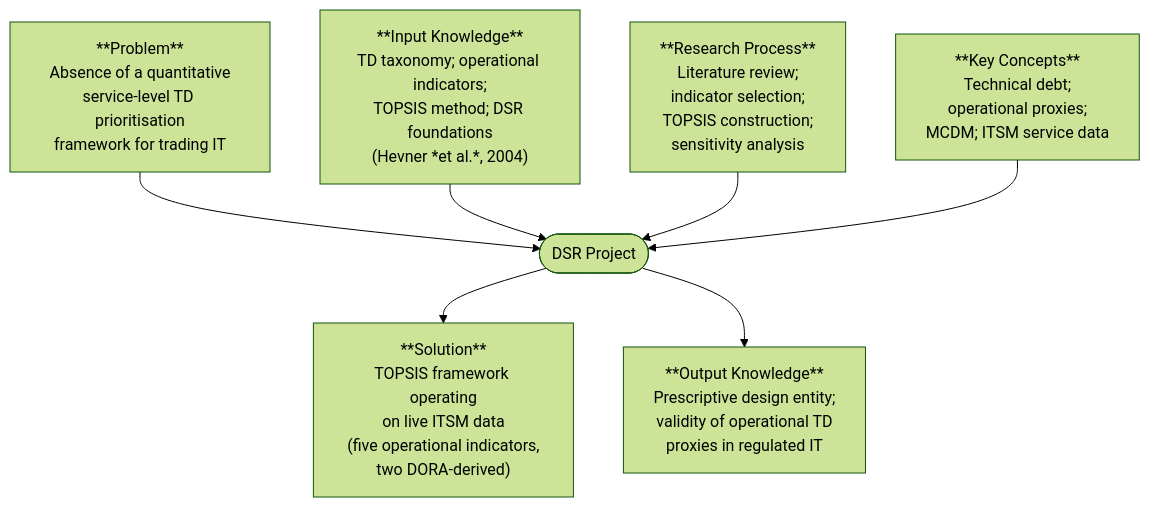
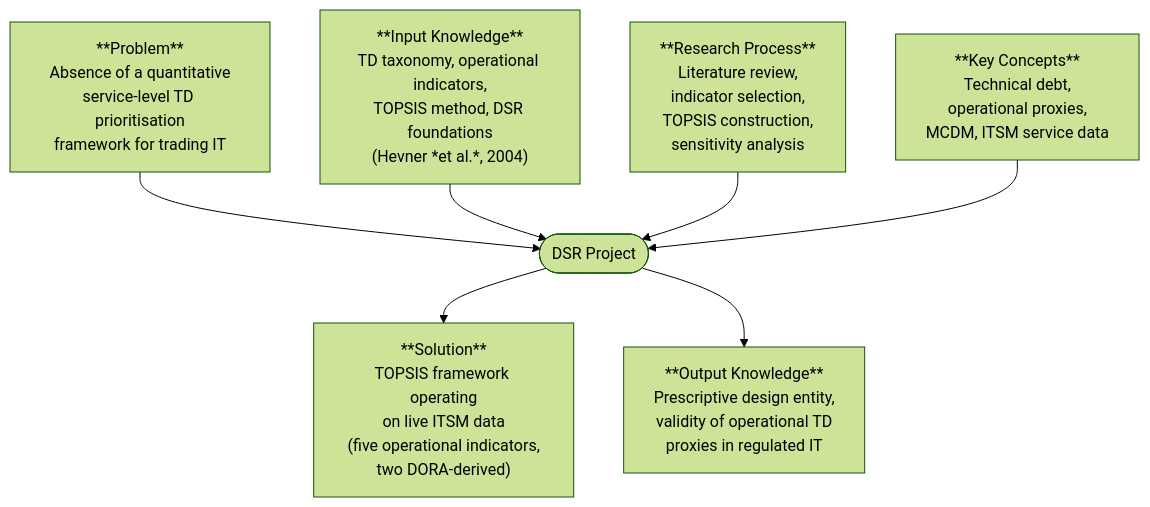
The first of 2 diagrams in quarto/chapters/3-methodology.qmd (TobiZeier/MScProject), drawn with Mermaid (forest theme) before and after one commit. The commit also changed other lines of this file and 18 other files, not shown here.

````diff
--- a/quarto/chapters/3-methodology.qmd
+++ b/quarto/chapters/3-methodology.qmd
@@ -38,21 +38,21 @@
 ```{mermaid}
 %%| label: fig-dsr-grid
 %%| fig-cap: "DSR Grid for the present study, adapted from Peffers *et al.* (2007)"
 %%| fig-width: 6
 
 graph TD
     P["**Problem**<br/>Absence of a quantitative<br/>service-level TD prioritisation<br/>framework for trading IT"]
-    IK["**Input Knowledge**<br/>TD taxonomy; operational indicators;<br/>TOPSIS method; DSR foundations<br/>(Hevner *et al.*, 2004)"]
-    RP["**Research Process**<br/>Literature review;<br/>indicator selection;<br/>TOPSIS construction;<br/>sensitivity analysis"]
-    KC["**Key Concepts**<br/>Technical debt;<br/>operational proxies;<br/>MCDM; ITSM service data"]
+    IK["**Input Knowledge**<br/>TD taxonomy, operational indicators,<br/>TOPSIS method, DSR foundations<br/>(Hevner *et al.*, 2004)"]
+    RP["**Research Process**<br/>Literature review,<br/>indicator selection,<br/>TOPSIS construction,<br/>sensitivity analysis"]
+    KC["**Key Concepts**<br/>Technical debt,<br/>operational proxies,<br/>MCDM, ITSM service data"]
     DSR(["DSR Project"])
     S["**Solution**<br/>TOPSIS framework operating<br/>on live ITSM data<br/>(five operational indicators,<br/>two DORA-derived)"]
-    OK["**Output Knowledge**<br/>Prescriptive design entity;<br/>validity of operational TD<br/>proxies in regulated IT"]
+    OK["**Output Knowledge**<br/>Prescriptive design entity,<br/>validity of operational TD<br/>proxies in regulated IT"]
 
     P --> DSR
     IK --> DSR
     RP --> DSR
     KC --> DSR
     DSR --> S
     DSR --> OK
 ```
````
